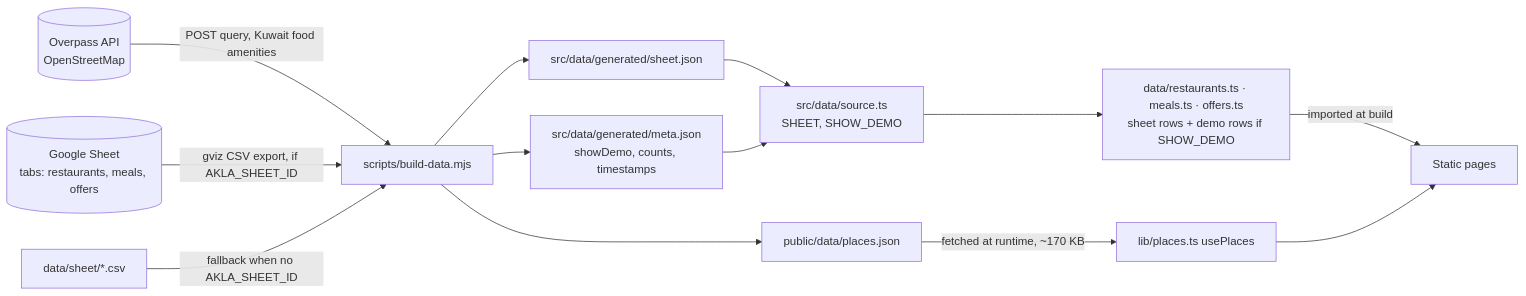
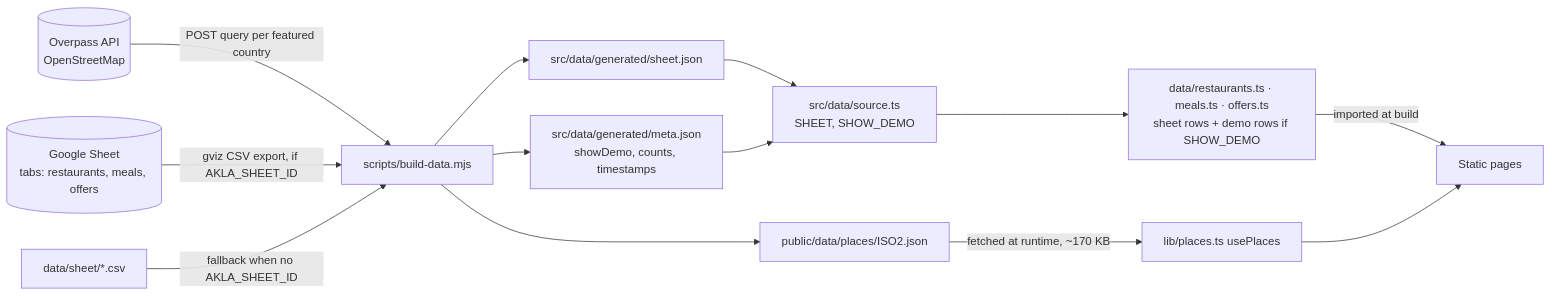
The diagram in docs/ARCHITECTURE.md (hussamdev1/akla), drawn with Mermaid before and after one commit. The commit also changed other lines of this file and 59 other files, not shown here.

````diff
--- a/docs/ARCHITECTURE.md
+++ b/docs/ARCHITECTURE.md
@@ -90,16 +90,16 @@
 ```mermaid
 flowchart LR
-  OSM[(Overpass API<br/>OpenStreetMap)] -->|POST query, Kuwait food amenities| B
+  OSM[(Overpass API<br/>OpenStreetMap)] -->|POST query per featured country| B
   GS[(Google Sheet<br/>tabs: restaurants, meals, offers)] -->|gviz CSV export, if AKLA_SHEET_ID| B
   CSV[data/sheet/*.csv] -->|fallback when no AKLA_SHEET_ID| B
   B[scripts/build-data.mjs]
-  B --> P[public/data/places.json]
+  B --> P[public/data/places/ISO2.json]
   B --> S[src/data/generated/sheet.json]
   B --> M[src/data/generated/meta.json<br/>showDemo, counts, timestamps]
   S --> SRC[src/data/source.ts<br/>SHEET, SHOW_DEMO]
   M --> SRC
   SRC --> R[data/restaurants.ts · meals.ts · offers.ts<br/>sheet rows + demo rows if SHOW_DEMO]
   R -->|imported at build| APP[Static pages]
   P -->|fetched at runtime, ~170 KB| PL[lib/places.ts usePlaces]
   PL --> APP
 ```
````
